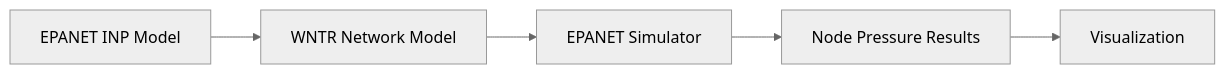
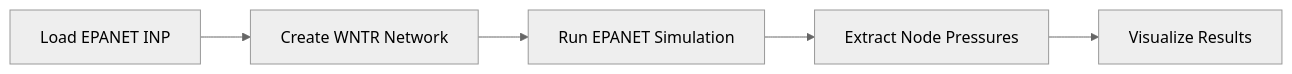
The third of 9 diagrams in README.md (mahmmooudian/water-network-ai-analyzer), drawn with Mermaid (neutral theme) before and after one commit. The commit also changed other lines of this file, not shown here.

````diff
--- a/README.md
+++ b/README.md
@@ -156,7 +144,7 @@
 ```mermaid
 flowchart LR
-    A[EPANET INP Model] --> B[WNTR Network Model]
-    B --> C[EPANET Simulator]
-    C --> D[Node Pressure Results]
-    D --> E[Visualization]
+    A[Load EPANET INP] --> B[Create WNTR Network]
+    B --> C[Run EPANET Simulation]
+    C --> D[Extract Node Pressures]
+    D --> E[Visualize Results]
 ```
````
